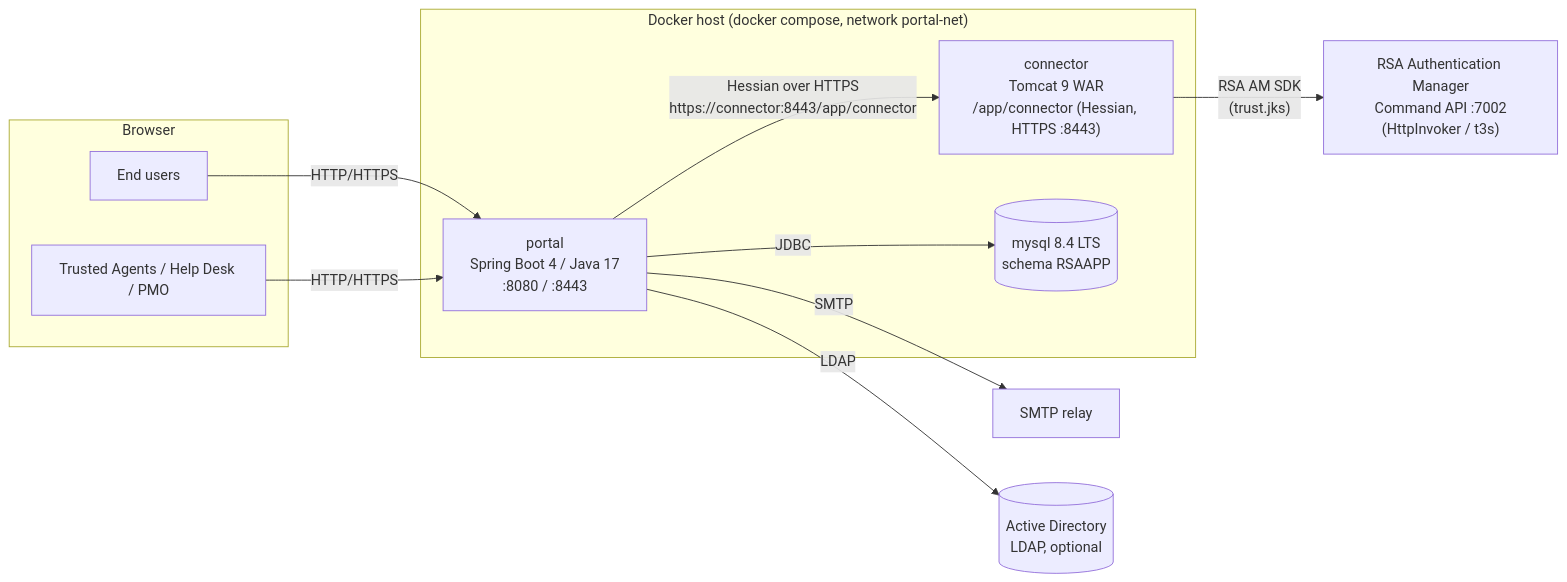
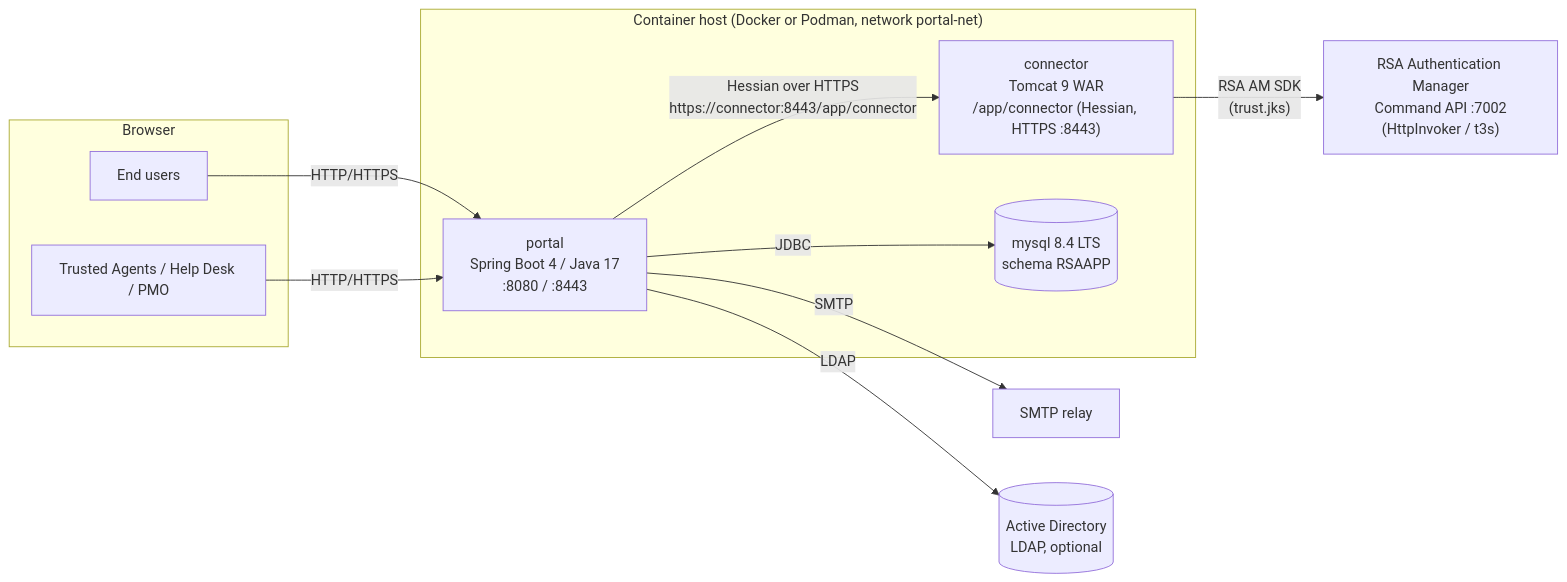
The diagram in docs/rsa-operations-portal/index.md (winllc/ens-apps-documentation), drawn with Mermaid before and after one commit. The commit also changed other lines of this file and 1 other file, not shown here.

First line of the commit message:
RSA: published ports, Podman and the license in configuration and overview

````diff
--- a/docs/rsa-operations-portal/index.md
+++ b/docs/rsa-operations-portal/index.md
@@ -26,25 +26,25 @@
 ```mermaid
 flowchart LR
     subgraph Browser
         U[End users]
         TA[Trusted Agents / Help Desk / PMO]
     end
 
-    subgraph Host["Docker host (docker compose, network portal-net)"]
+    subgraph Host["Container host (Docker or Podman, network portal-net)"]
         P["portal<br/>Spring Boot 4 / Java 17<br/>:8080 / :8443"]
         C["connector<br/>Tomcat 9 WAR<br/>/app/connector (Hessian, HTTPS :8443)"]
         DB[("mysql 8.4 LTS<br/>schema RSAAPP")]
     end
 
     AM["RSA Authentication Manager<br/>Command API :7002<br/>(HttpInvoker / t3s)"]
     SMTP[SMTP relay]
     AD[(Active Directory<br/>LDAP, optional)]
 
     U -->|HTTP/HTTPS| P
     TA -->|HTTP/HTTPS| P
     P -->|"Hessian over HTTPS<br/>https://connector:8443/app/connector"| C
     P -->|JDBC| DB
     C -->|"RSA AM SDK<br/>(trust.jks)"| AM
     P -->|SMTP| SMTP
     P -->|LDAP| AD
 ```
````
